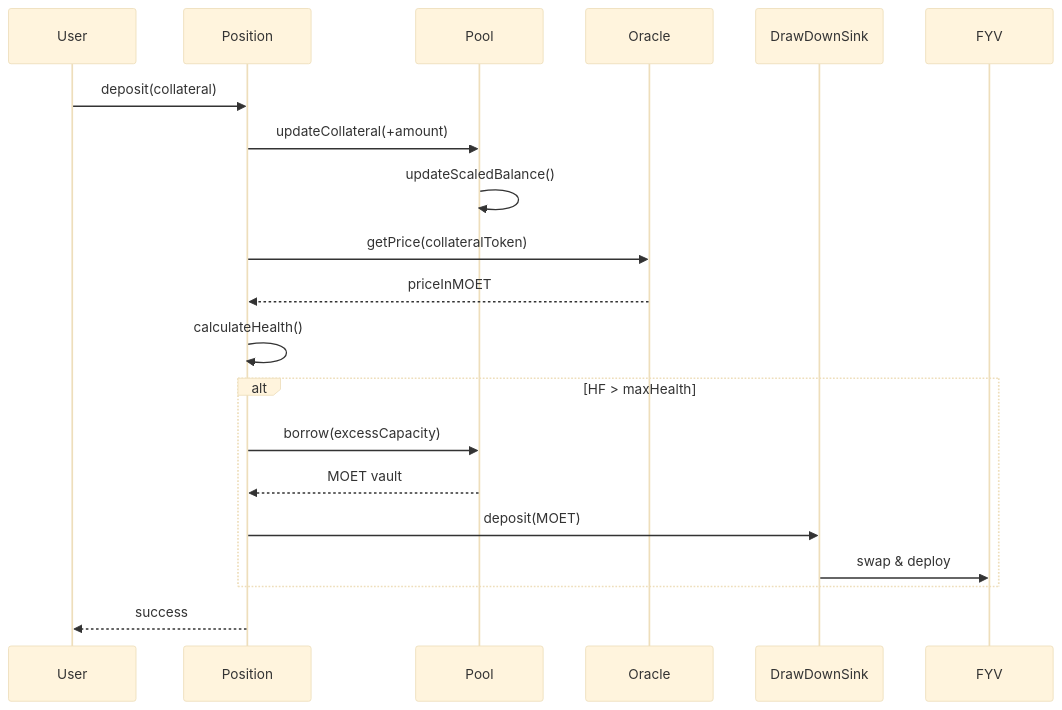
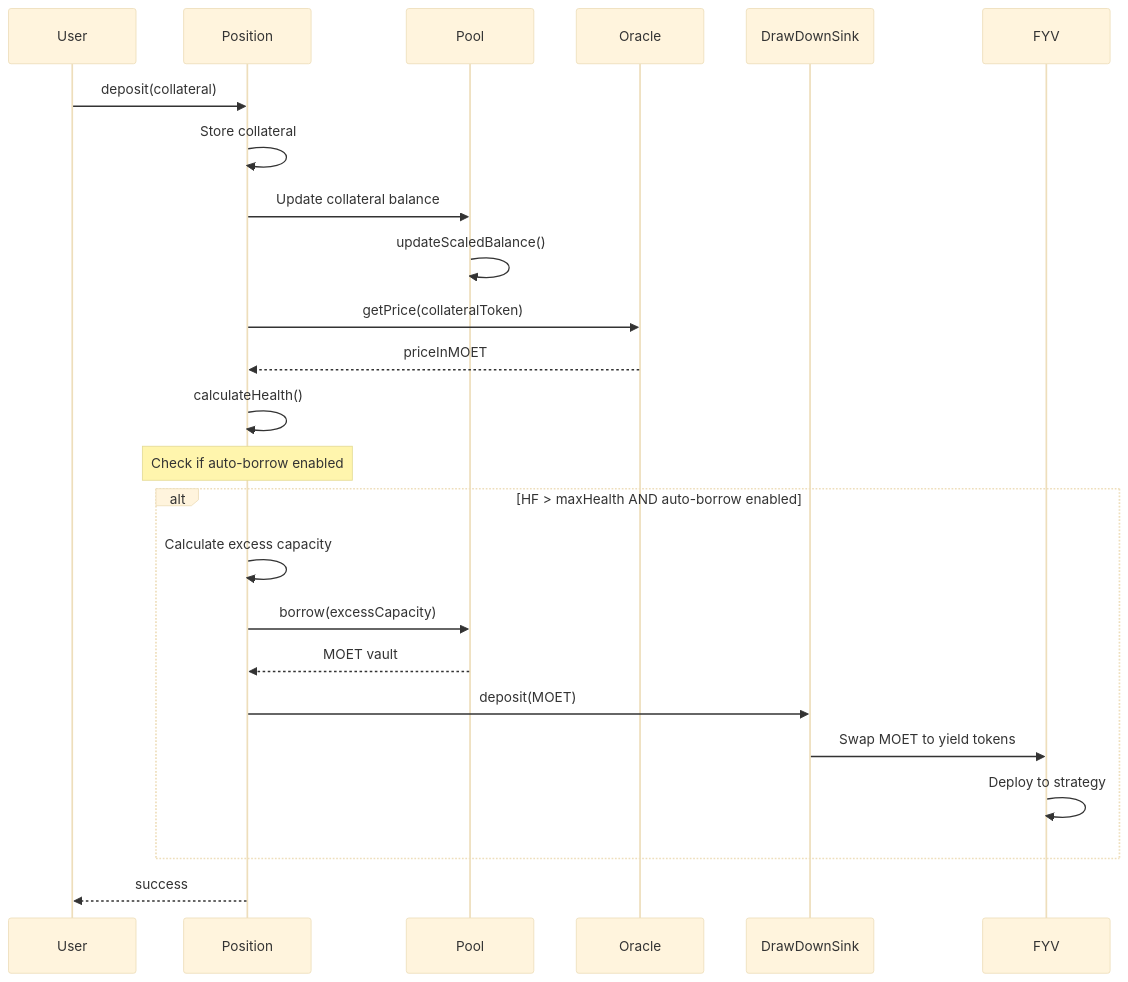
One commit to onflow/docs changed the second of 3 diagrams in docs/defi/fcm/architecture.md. Above: the diagram before and after it, drawn with Mermaid (base theme). The commit also changed other lines of this file and 4 other files, not shown here.

````diff
--- a/docs/defi/fcm/architecture.md
+++ b/docs/defi/fcm/architecture.md
@@ -223,26 +237,30 @@
 ```mermaid
 sequenceDiagram
     participant User
     participant Position
     participant Pool
     participant Oracle
     participant DrawDownSink
     participant FYV
 
     User->>Position: deposit(collateral)
-    Position->>Pool: updateCollateral(+amount)
+    Position->>Position: Store collateral
+    Position->>Pool: Update collateral balance
     Pool->>Pool: updateScaledBalance()
 
     Position->>Oracle: getPrice(collateralToken)
     Oracle-->>Position: priceInMOET
 
     Position->>Position: calculateHealth()
-    alt HF > maxHealth
+    Note over Position: Check if auto-borrow enabled
+    alt HF > maxHealth AND auto-borrow enabled
+        Position->>Position: Calculate excess capacity
         Position->>Pool: borrow(excessCapacity)
         Pool-->>Position: MOET vault
         Position->>DrawDownSink: deposit(MOET)
-        DrawDownSink->>FYV: swap & deploy
+        DrawDownSink->>FYV: Swap MOET to yield tokens
+        FYV->>FYV: Deploy to strategy
     end
 
     Position-->>User: success
 ```
````
